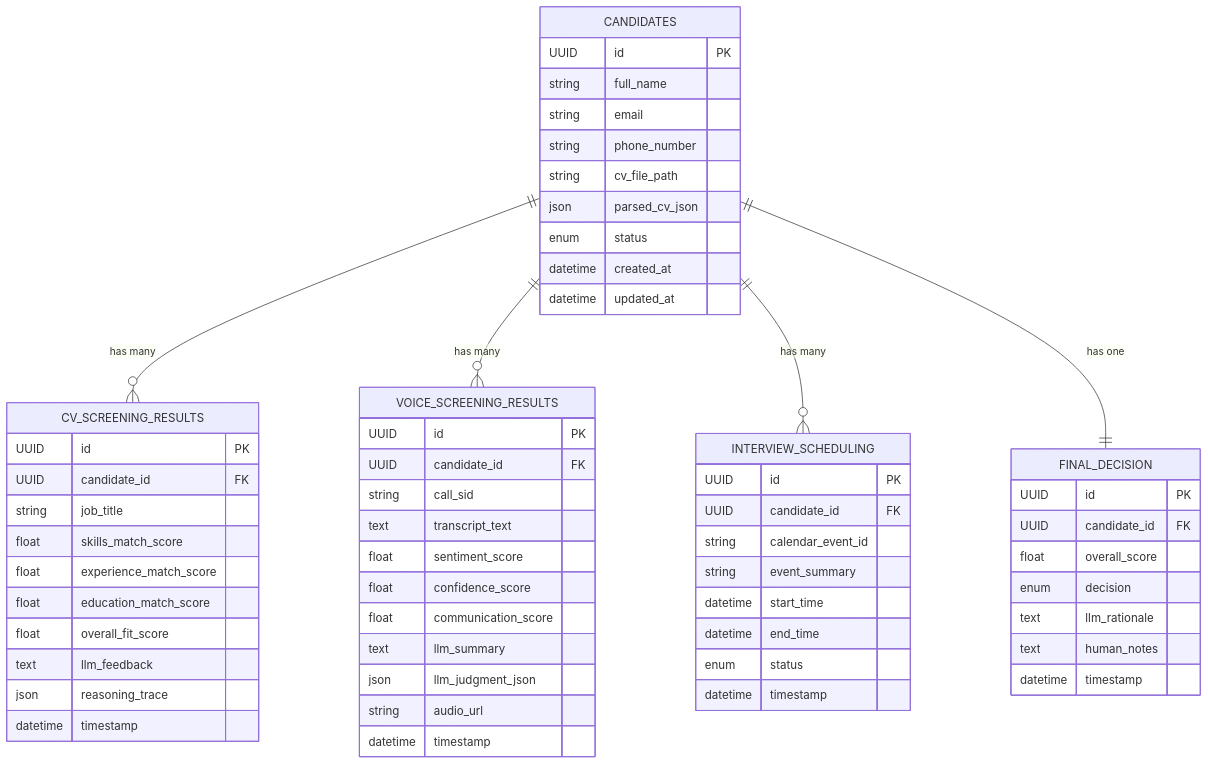
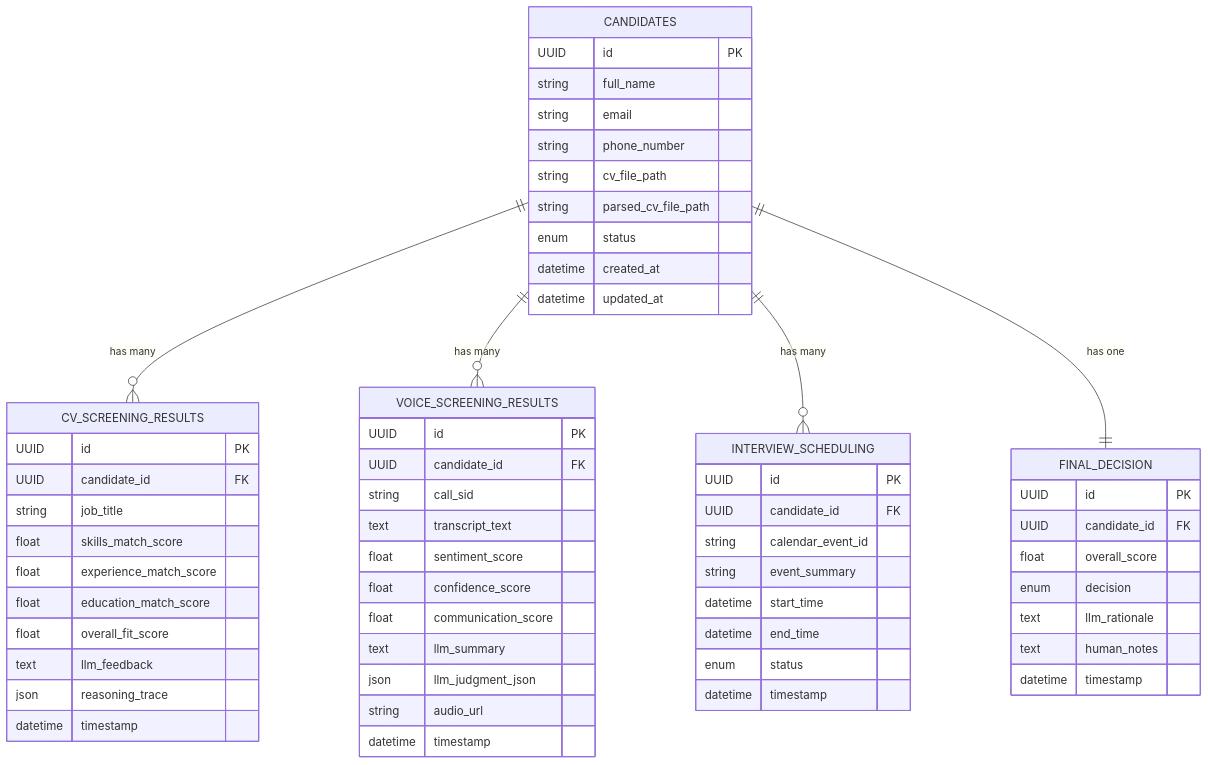
Before and after one commit to Ocean-code-1995/recruitment-agent: the diagram in src/database/candidates/info.md, drawn with Mermaid. The commit also changed other lines of this file, not shown here.

````diff
--- a/src/database/candidates/info.md
+++ b/src/database/candidates/info.md
@@ -18,68 +18,68 @@
 ```mermaid
 erDiagram
 
     CANDIDATES ||--o{ CV_SCREENING_RESULTS : "has many"
     CANDIDATES ||--o{ VOICE_SCREENING_RESULTS : "has many"
     CANDIDATES ||--o{ INTERVIEW_SCHEDULING : "has many"
     CANDIDATES ||--|| FINAL_DECISION : "has one"
 
     CANDIDATES {
         UUID id PK
         string full_name
         string email
         string phone_number
         string cv_file_path
-        json parsed_cv_json
+        string parsed_cv_file_path
         enum status
         datetime created_at
         datetime updated_at
     }
 
     CV_SCREENING_RESULTS {
         UUID id PK
         UUID candidate_id FK
         string job_title
         float skills_match_score
         float experience_match_score
         float education_match_score
         float overall_fit_score
         text llm_feedback
         json reasoning_trace
         datetime timestamp
     }
 
     VOICE_SCREENING_RESULTS {
         UUID id PK
         UUID candidate_id FK
         string call_sid
         text transcript_text
         float sentiment_score
         float confidence_score
         float communication_score
         text llm_summary
         json llm_judgment_json
         string audio_url
         datetime timestamp
     }
 
     INTERVIEW_SCHEDULING {
         UUID id PK
         UUID candidate_id FK
         string calendar_event_id
         string event_summary
         datetime start_time
         datetime end_time
         enum status
         datetime timestamp
     }
 
     FINAL_DECISION {
         UUID id PK
         UUID candidate_id FK
         float overall_score
         enum decision
         text llm_rationale
         text human_notes
         datetime timestamp
     }
 ```
````
